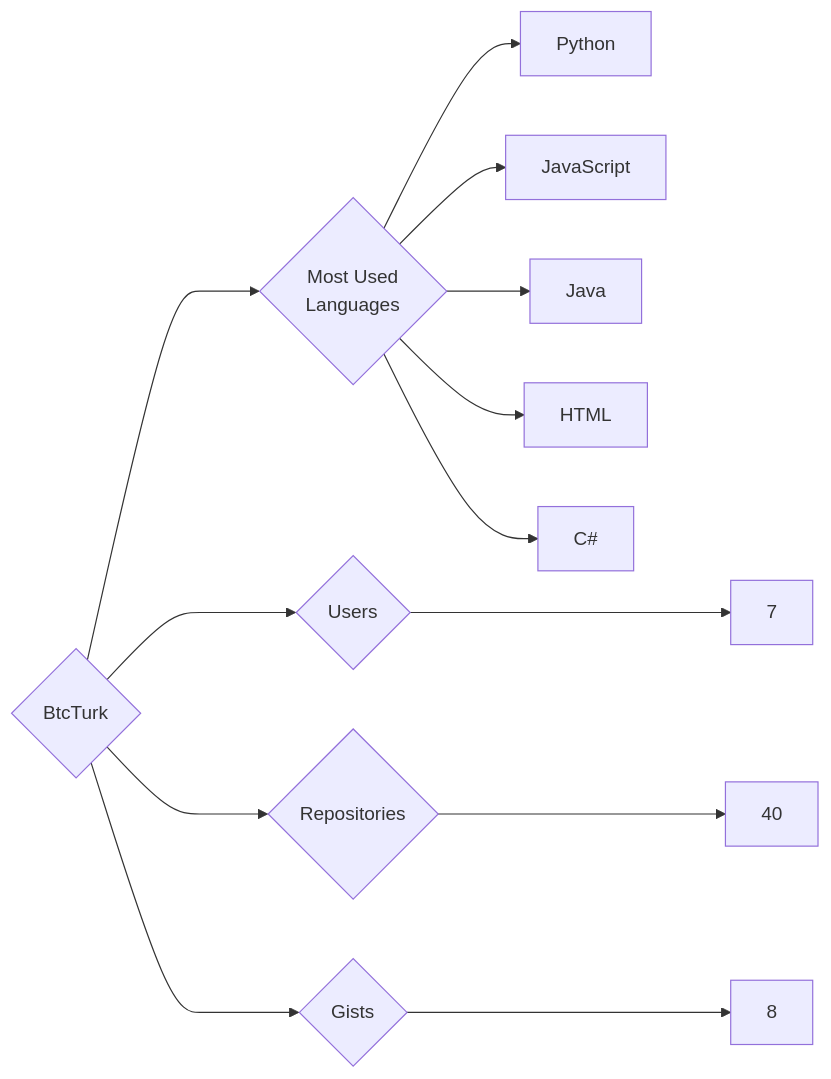
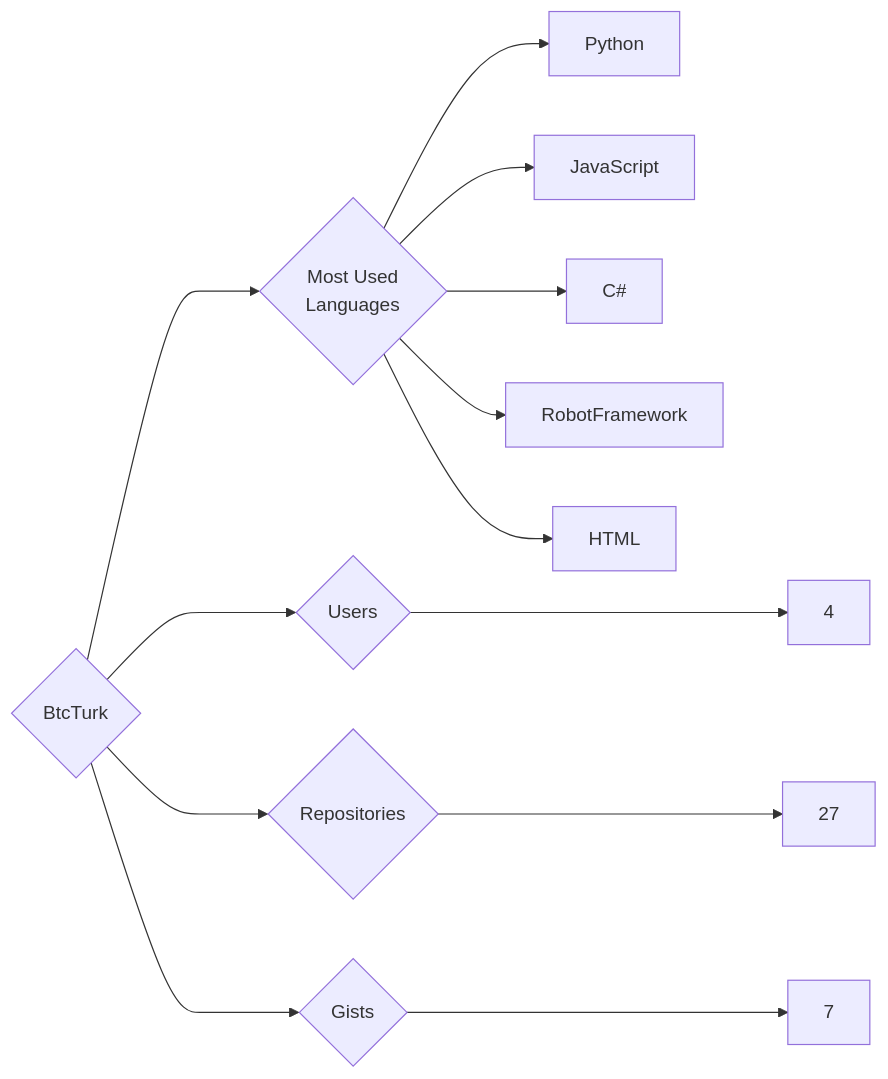
Before and after one commit to trickest/insiders: the diagram in targets/BtcTurk/README.md, drawn with Mermaid. The commit also changed 1088 other files, not shown here.

````diff
--- a/targets/BtcTurk/README.md
+++ b/targets/BtcTurk/README.md
@@ -3,13 +3,13 @@
 ```mermaid
 graph LR
 COMPANY_NAME{BtcTurk}
-COMPANY_NAME ---> U{Users} ---> UN[7]
-COMPANY_NAME ---> R{Repositories} ---> RN[40]
-COMPANY_NAME ---> G{Gists} ---> GN[8]
+COMPANY_NAME ---> U{Users} ---> UN[4]
+COMPANY_NAME ---> R{Repositories} ---> RN[27]
+COMPANY_NAME ---> G{Gists} ---> GN[7]
 COMPANY_NAME ---> ML{Most Used<br>Languages}
 ML --> Python[Python]
 ML --> JavaScript[JavaScript]
-ML --> Java[Java]
+ML --> C#[C#]
+ML --> RobotFramework[RobotFramework]
 ML --> HTML[HTML]
-ML --> C#[C#]
 ```
````
